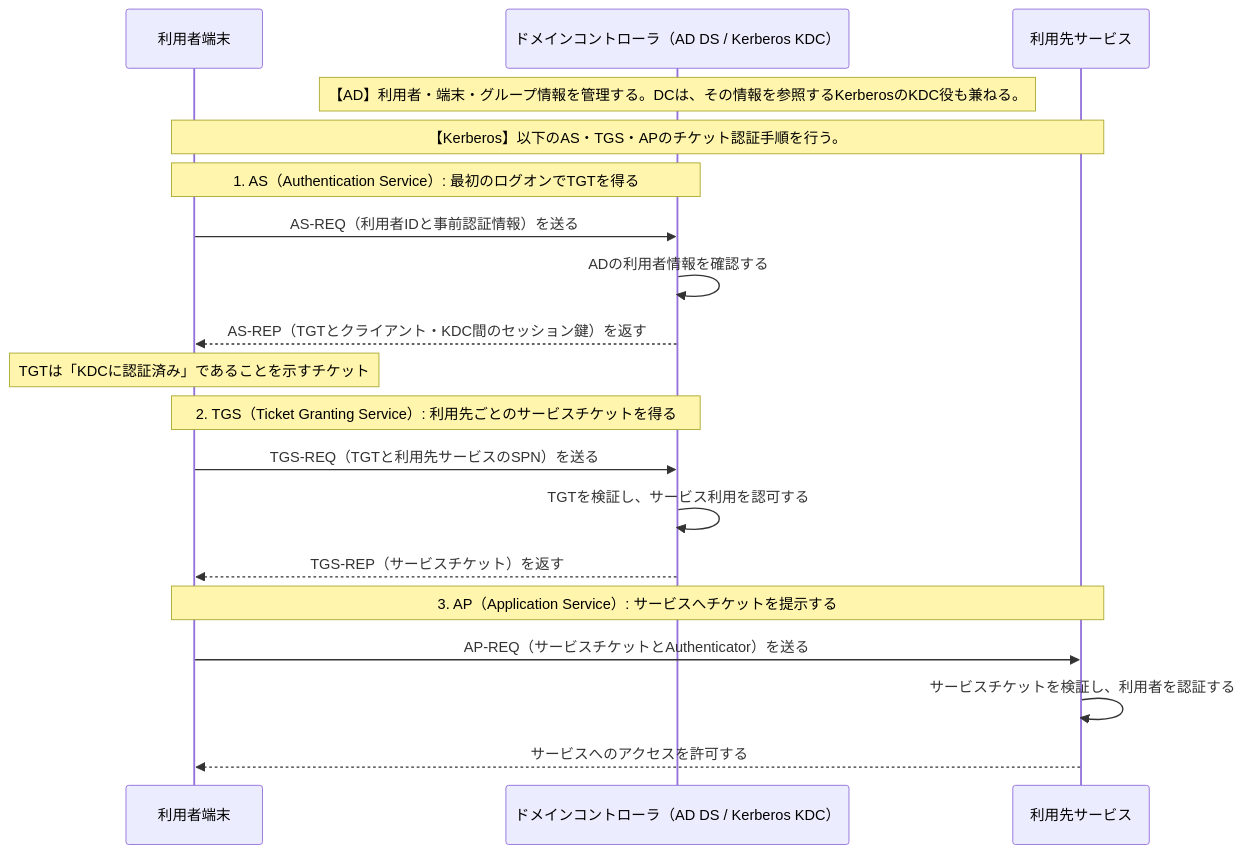
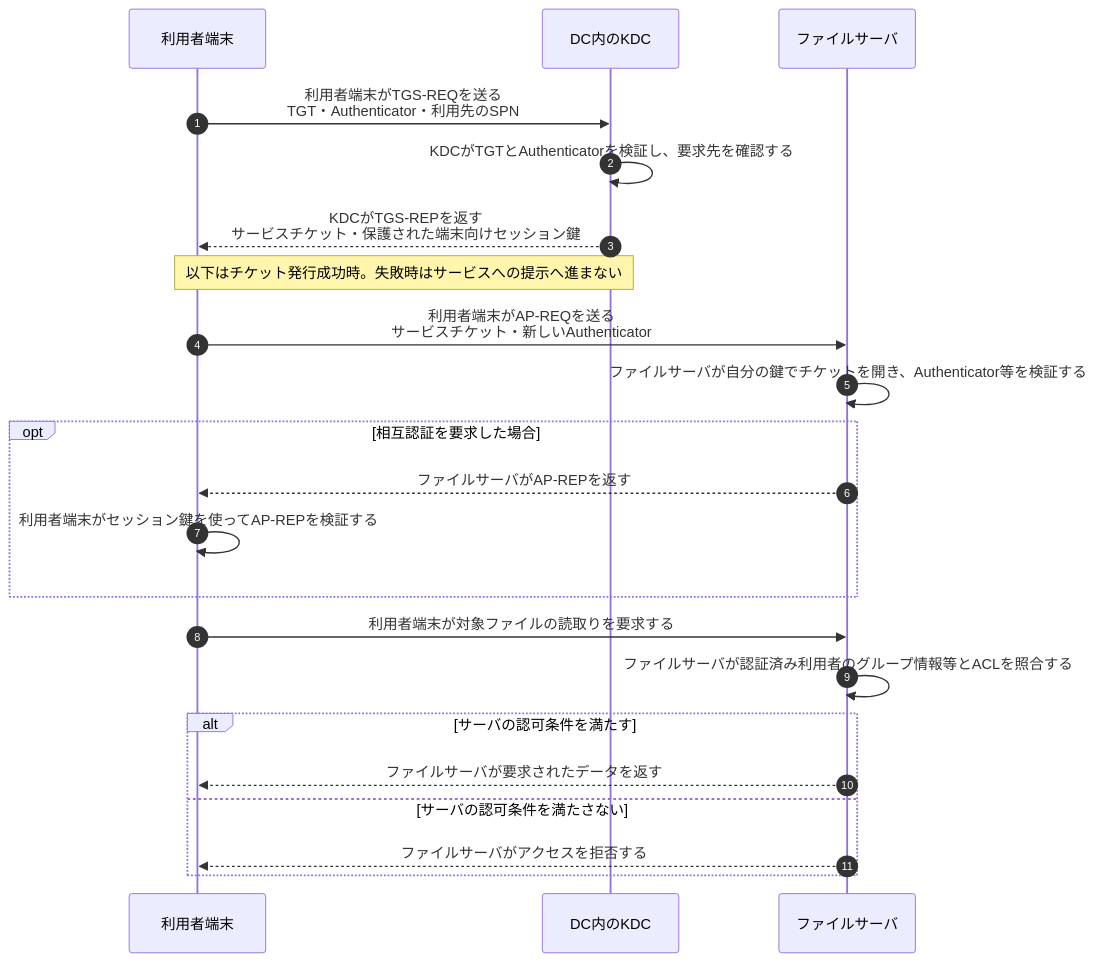
Before and after one commit to ryusuke2003/security-specialist-study: the second of 2 diagrams in 復習用/流れ図/ActiveDirectoryとKerberosのチケット認証.md, drawn with Mermaid. The commit also changed other lines of this file and 26 other files, not shown here.

Commit message:
流れ図全23資料の主体と処理段階を明確化し構造検査を追加

````diff
--- a/復習用/流れ図/ActiveDirectoryとKerberosのチケット認証.md
+++ b/復習用/流れ図/ActiveDirectoryとKerberosのチケット認証.md
@@ -3,22 +32,25 @@
 ```mermaid
 sequenceDiagram
+    autonumber
     participant C as 利用者端末
-    participant DC as ドメインコントローラ（AD DS / Kerberos KDC）
-    participant S as 利用先サービス
+    participant K as DC内のKDC
+    participant S as ファイルサーバ
 
-    Note over DC: 【AD】利用者・端末・グループ情報を管理する。DCは、その情報を参照するKerberosのKDC役も兼ねる。
-    Note over C,S: 【Kerberos】以下のAS・TGS・APのチケット認証手順を行う。
-    Note over C,DC: 1. AS（Authentication Service）: 最初のログオンでTGTを得る
-    C->>DC: AS-REQ（利用者IDと事前認証情報）を送る
-    DC->>DC: ADの利用者情報を確認する
-    DC-->>C: AS-REP（TGTとクライアント・KDC間のセッション鍵）を返す
-    Note over C: TGTは「KDCに認証済み」であることを示すチケット
-    Note over C,DC: 2. TGS（Ticket Granting Service）: 利用先ごとのサービスチケットを得る
-    C->>DC: TGS-REQ（TGTと利用先サービスのSPN）を送る
-    DC->>DC: TGTを検証し、サービス利用を認可する
-    DC-->>C: TGS-REP（サービスチケット）を返す
-    Note over C,S: 3. AP（Application Service）: サービスへチケットを提示する
-    C->>S: AP-REQ（サービスチケットとAuthenticator）を送る
-    S->>S: サービスチケットを検証し、利用者を認証する
-    S-->>C: サービスへのアクセスを許可する
+    C->>K: 利用者端末がTGS-REQを送る<br/>TGT・Authenticator・利用先のSPN
+    K->>K: KDCがTGTとAuthenticatorを検証し、要求先を確認する
+    K-->>C: KDCがTGS-REPを返す<br/>サービスチケット・保護された端末向けセッション鍵
+    Note over C,K: 以下はチケット発行成功時。失敗時はサービスへの提示へ進まない
+    C->>S: 利用者端末がAP-REQを送る<br/>サービスチケット・新しいAuthenticator
+    S->>S: ファイルサーバが自分の鍵でチケットを開き、Authenticator等を検証する
+    opt 相互認証を要求した場合
+        S-->>C: ファイルサーバがAP-REPを返す
+        C->>C: 利用者端末がセッション鍵を使ってAP-REPを検証する
+    end
+    C->>S: 利用者端末が対象ファイルの読取りを要求する
+    S->>S: ファイルサーバが認証済み利用者のグループ情報等とACLを照合する
+    alt サーバの認可条件を満たす
+        S-->>C: ファイルサーバが要求されたデータを返す
+    else サーバの認可条件を満たさない
+        S-->>C: ファイルサーバがアクセスを拒否する
+    end
 ```
````
